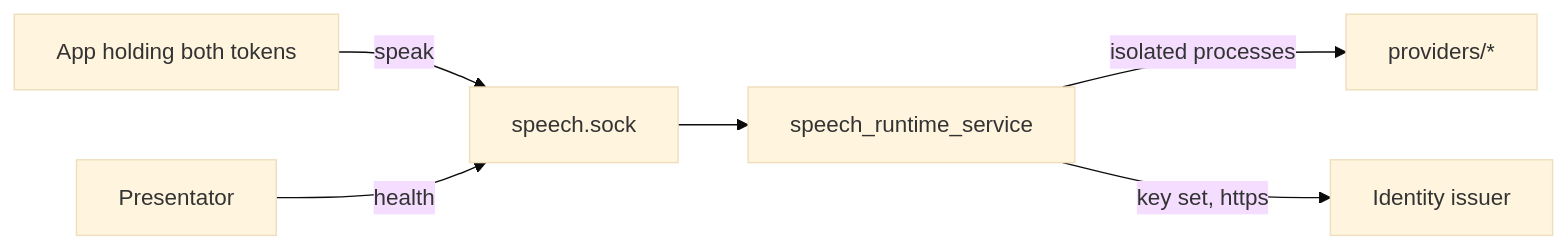
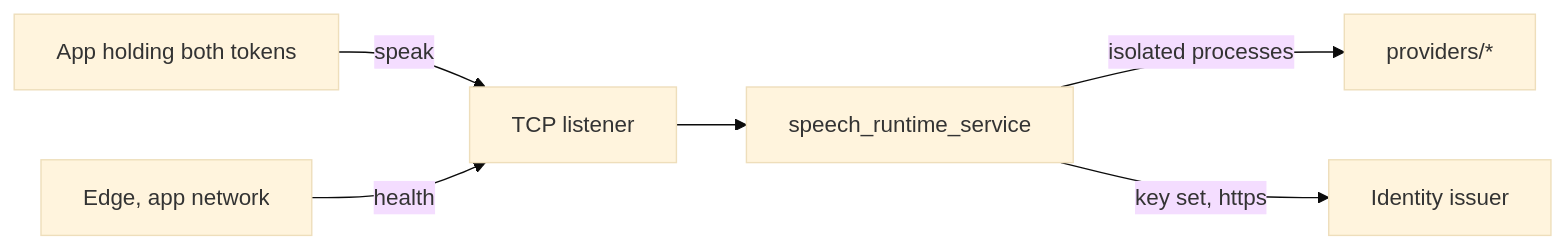
The diagram in docs/ARCHITECTURE.md (overnightworks/speech-runtime), drawn with Mermaid (base theme) before and after one commit. The commit also changed other lines of this file and 3 other files, not shown here.

First line of the commit message:
Document the TCP listener in the README, the wire doc and the architecture

````diff
--- a/docs/ARCHITECTURE.md
+++ b/docs/ARCHITECTURE.md
@@ -15,8 +15,8 @@
 ```mermaid
 flowchart LR
-    app[App holding both tokens] -->|speak| socket[speech.sock]
-    presentator[Presentator] -->|health| socket
-    socket --> service[speech_runtime_service]
+    app[App holding both tokens] -->|speak| listener[TCP listener]
+    edge[Edge, app network] -->|health| listener
+    listener --> service[speech_runtime_service]
     service -->|isolated processes| providers[providers/*]
     service -->|key set, https| issuer[Identity issuer]
 ```
````
